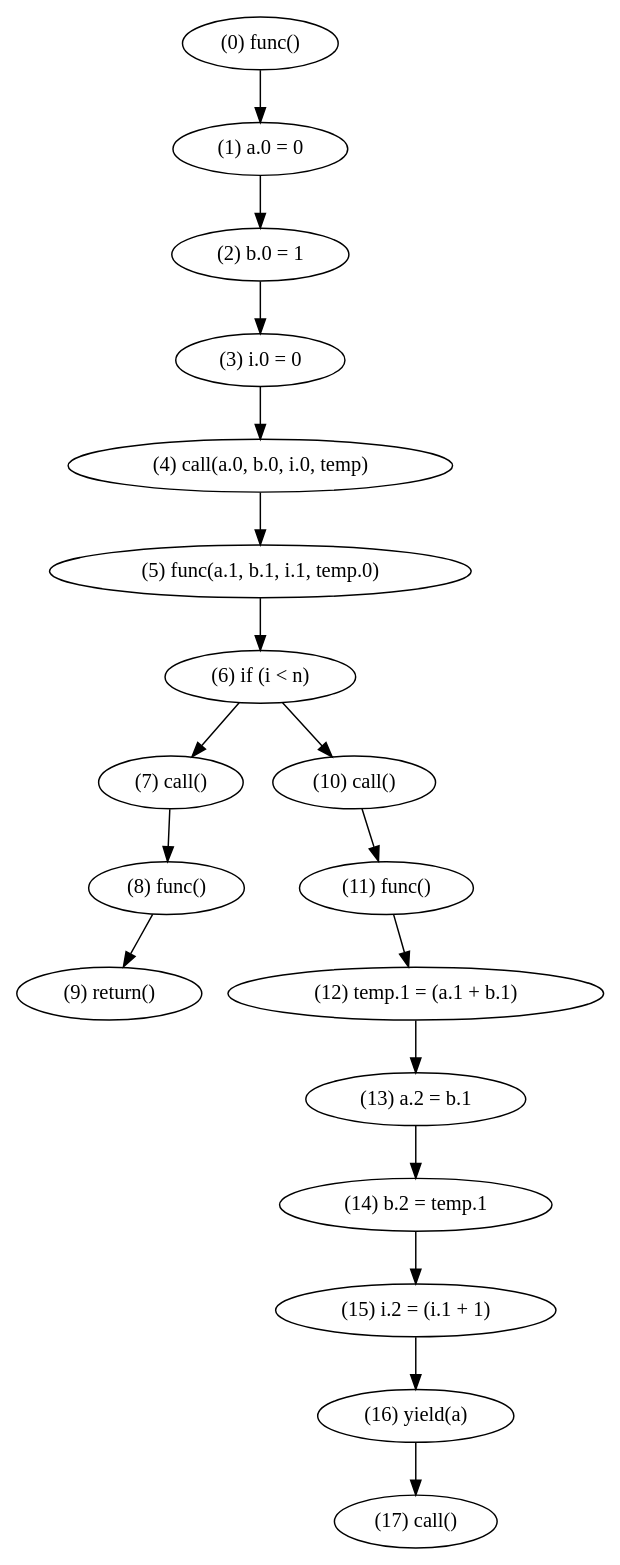
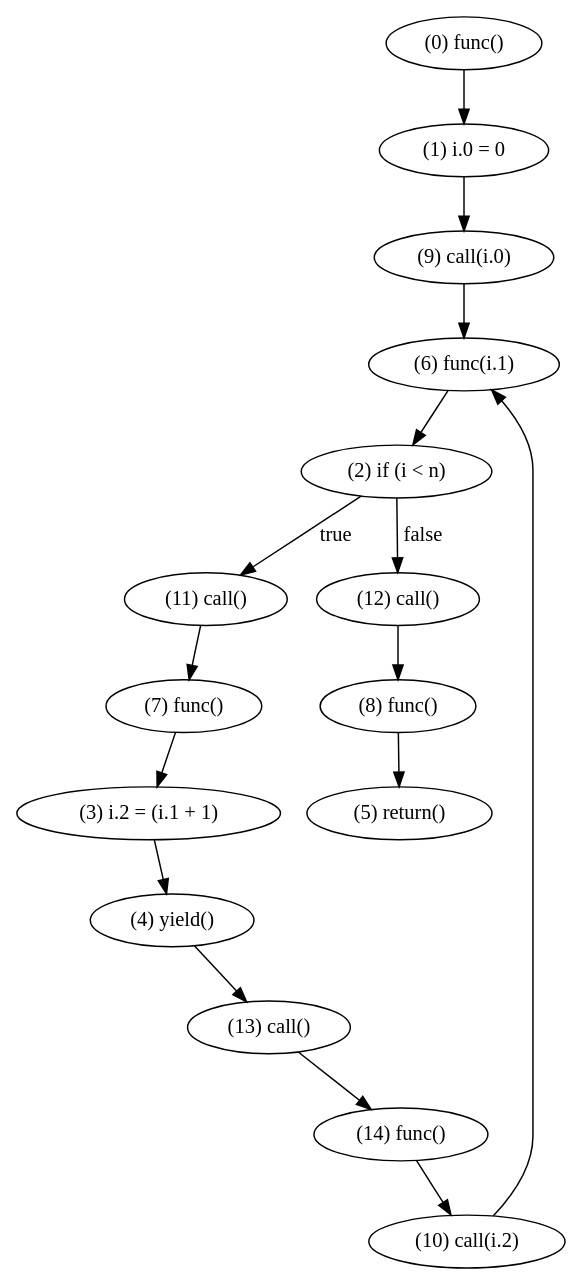
One commit to WorldofKerry/ToHDL changed the diagram in crates/passes/lower_to_fsm.dot. Above: the diagram before and after it, drawn with Graphviz. The commit also changed 3 other files, not shown here.

```diff
--- a/crates/passes/lower_to_fsm.dot
+++ b/crates/passes/lower_to_fsm.dot
@@ -1,37 +1,32 @@
 digraph {
     0 [ label = "(0) func()" ]
-    1 [ label = "(1) a.0 = 0" ]
-    2 [ label = "(2) b.0 = 1" ]
-    3 [ label = "(3) i.0 = 0" ]
-    4 [ label = "(4) call(a.0, b.0, i.0, temp)" ]
-    5 [ label = "(5) func(a.1, b.1, i.1, temp.0)" ]
-    6 [ label = "(6) if (i < n)" ]
-    7 [ label = "(7) call()" ]
+    1 [ label = "(1) i.0 = 0" ]
+    2 [ label = "(2) if (i < n)" ]
+    3 [ label = "(3) i.2 = (i.1 + 1)" ]
+    4 [ label = "(4) yield()" ]
+    5 [ label = "(5) return()" ]
+    6 [ label = "(6) func(i.1)" ]
+    7 [ label = "(7) func()" ]
     8 [ label = "(8) func()" ]
-    9 [ label = "(9) return()" ]
-    10 [ label = "(10) call()" ]
-    11 [ label = "(11) func()" ]
-    12 [ label = "(12) temp.1 = (a.1 + b.1)" ]
-    13 [ label = "(13) a.2 = b.1" ]
-    14 [ label = "(14) b.2 = temp.1" ]
-    15 [ label = "(15) i.2 = (i.1 + 1)" ]
-    16 [ label = "(16) yield(a)" ]
-    17 [ label = "(17) call()" ]
+    9 [ label = "(9) call(i.0)" ]
+    10 [ label = "(10) call(i.2)" ]
+    11 [ label = "(11) call()" ]
+    12 [ label = "(12) call()" ]
+    13 [ label = "(13) call()" ]
+    14 [ label = "(14) func()" ]
     0 -> 1 [ label = "" ]
-    1 -> 2 [ label = "" ]
-    2 -> 3 [ label = "" ]
+    1 -> 9 [ label = "" ]
+    2 -> 12 [ label = "false" ]
+    2 -> 11 [ label = "true" ]
     3 -> 4 [ label = "" ]
-    4 -> 5 [ label = "" ]
-    5 -> 6 [ label = "" ]
-    6 -> 10 [ label = "" ]
-    6 -> 7 [ label = "" ]
-    7 -> 8 [ label = "" ]
-    8 -> 9 [ label = "" ]
-    10 -> 11 [ label = "" ]
-    11 -> 12 [ label = "" ]
-    12 -> 13 [ label = "" ]
+    4 -> 13 [ label = "" ]
+    6 -> 2 [ label = "" ]
+    7 -> 3 [ label = "" ]
+    8 -> 5 [ label = "" ]
+    9 -> 6 [ label = "" ]
+    10 -> 6 [ label = "" ]
+    11 -> 7 [ label = "" ]
+    12 -> 8 [ label = "" ]
     13 -> 14 [ label = "" ]
-    14 -> 15 [ label = "" ]
-    15 -> 16 [ label = "" ]
-    16 -> 17 [ label = "" ]
+    14 -> 10 [ label = "" ]
 }
```
